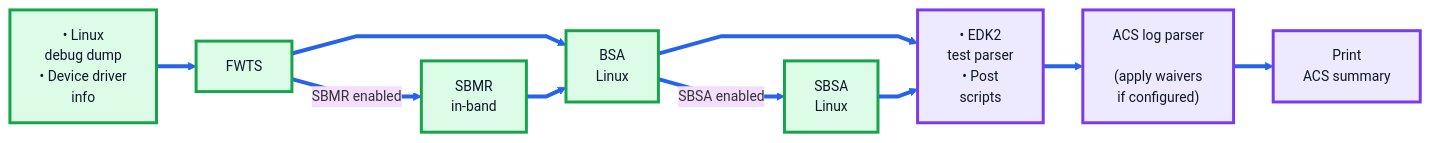
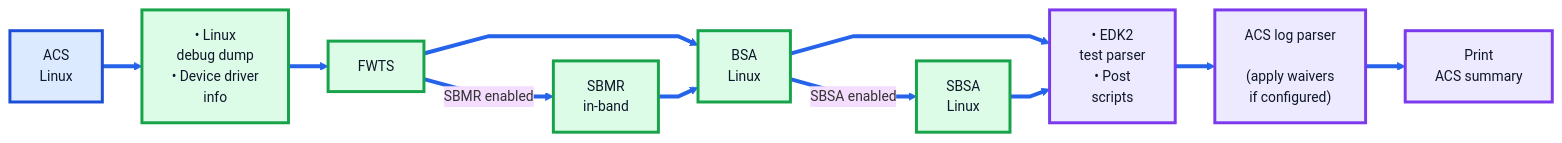
Before and after one commit to manjunath3divakar/arm-systemready: the fourth of 6 diagrams in docs/systemready_band_flow.md, drawn with Mermaid. The commit also changed other lines of this file, not shown here.

First line of the commit message:
Refine UEFI and Linux ACS flowcharts

````diff
--- a/docs/systemready_band_flow.md
+++ b/docs/systemready_band_flow.md
@@ -212,43 +220,46 @@
 ```mermaid
 %%{init: {
   "theme": "base",
   "flowchart": {
     "curve": "linear",
     "nodeSpacing": 30,
     "rankSpacing": 40
   },
   "themeVariables": {
     "fontFamily": "Arial",
     "fontSize": "14px",
     "primaryBorderColor": "#0f172a",
     "lineColor": "#2563eb",
     "tertiaryColor": "#ffffff"
   }
 }}%%
 
 flowchart LR
 
     linkStyle default stroke:#2563eb,stroke-width:4px;
 
-    A["• Linux<br/>  debug dump<br/>• Device driver<br/>  info"]
-    A --> B["FWTS"]
+    A["ACS<br/>Linux"]
+    A --> B["• Linux<br/>  debug dump<br/>• Device driver<br/>  info"]
+    B --> C["FWTS"]
 
-    B --> C["BSA<br/>Linux"]
+    C --> D["BSA<br/>Linux"]
 
-    B -->|"SBMR enabled"| D["SBMR<br/>in-band"]
-    D --> C
+    C -->|"SBMR enabled"| E["SBMR<br/>in-band"]
+    E --> D
 
-    C --> E["• EDK2<br/>  test parser<br/>• Post<br/>  scripts"]
+    D --> F["• EDK2<br/>  test parser<br/>• Post<br/>  scripts"]
 
-    C -->|"SBSA enabled"| F["SBSA<br/>Linux"]
-    F --> E
+    D -->|"SBSA enabled"| G["SBSA<br/>Linux"]
+    G --> F
 
-    E --> G["ACS log parser<br/><br/>(apply waivers<br/>if configured)"]
-    G --> H["Print<br/>ACS summary"]
+    F --> H["ACS log parser<br/><br/>(apply waivers<br/>if configured)"]
+    H --> I["Print<br/>ACS summary"]
 
+    classDef entry fill:#dbeafe,stroke:#1d4ed8,stroke-width:3px,color:#0f172a;
     classDef linux fill:#dcfce7,stroke:#16a34a,stroke-width:3px,color:#0f172a;
     classDef result fill:#ede9fe,stroke:#7c3aed,stroke-width:3px,color:#0f172a;
 
-    class A,B,C,D,F linux;
-    class E,G,H result;
+    class A entry;
+    class B,C,D,E,G linux;
+    class F,H,I result;
 ```
````
